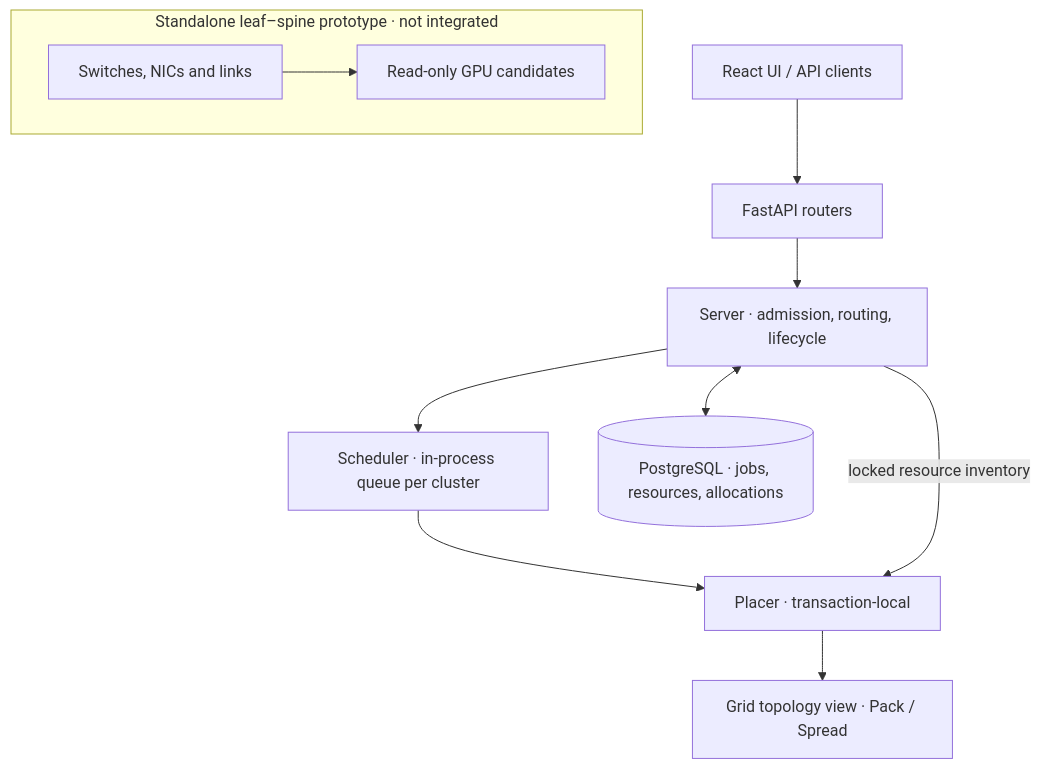
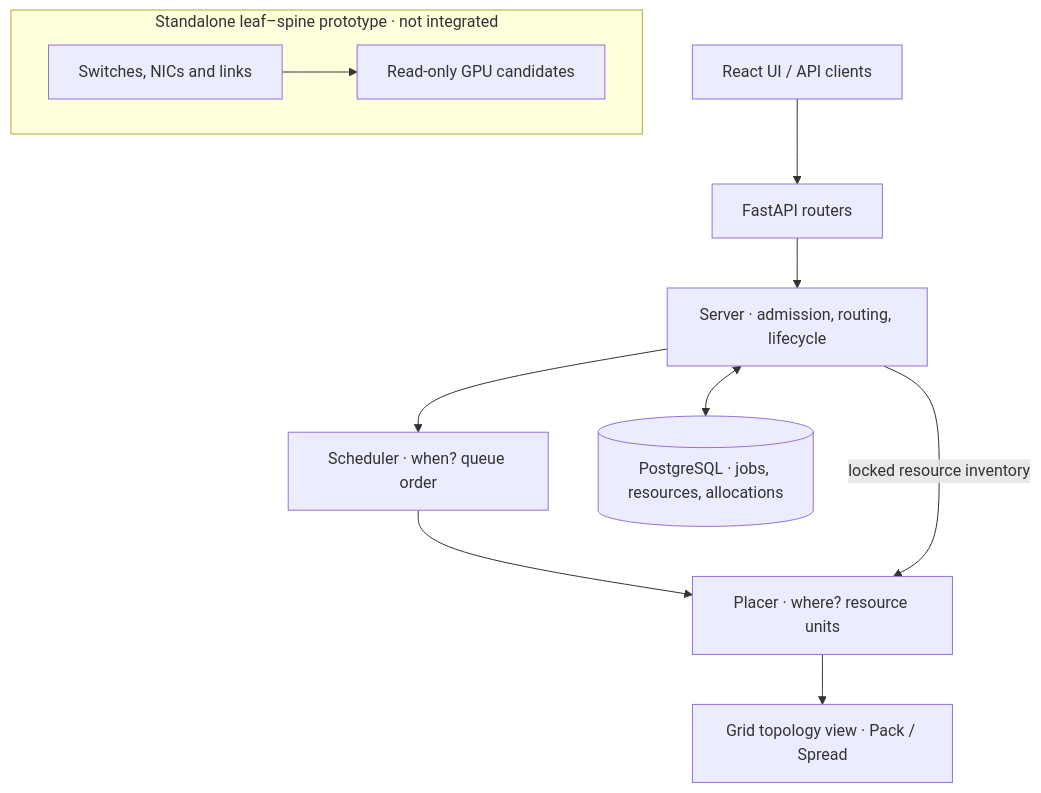
The diagram in README.md (labo-man002/job-scheduler), drawn with Mermaid before and after one commit. The commit also changed other lines of this file, not shown here.

Commit message:
docs: retain when/where labels in architecture overview

````diff
--- a/README.md
+++ b/README.md
@@ -50,14 +50,14 @@
 ```mermaid
 flowchart TD
     UI["React UI / API clients"] --> R["FastAPI routers"]
     R --> S["Server · admission, routing, lifecycle"]
-    S --> Q["Scheduler · in-process queue per cluster"]
-    Q --> P["Placer · transaction-local"]
+    S --> Q["Scheduler · when? queue order"]
+    Q --> P["Placer · where? resource units"]
     P --> T["Grid topology view · Pack / Spread"]
     S <--> DB[("PostgreSQL · jobs, resources, allocations")]
     S -- "locked resource inventory" --> P
 
     subgraph F["Standalone leaf–spine prototype · not integrated"]
         LS["Switches, NICs and links"] --> CF["Read-only GPU candidates"]
     end
 ```
````
